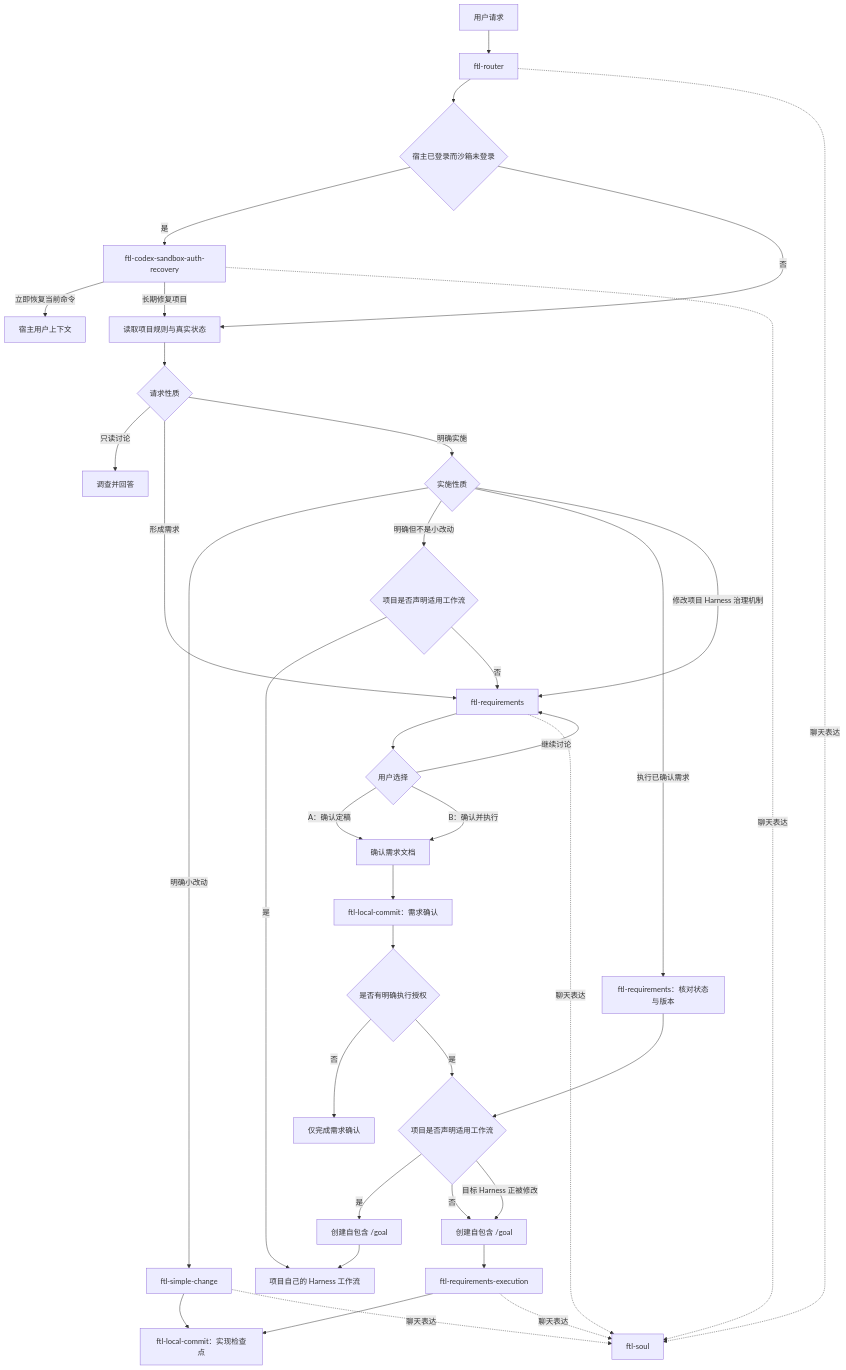
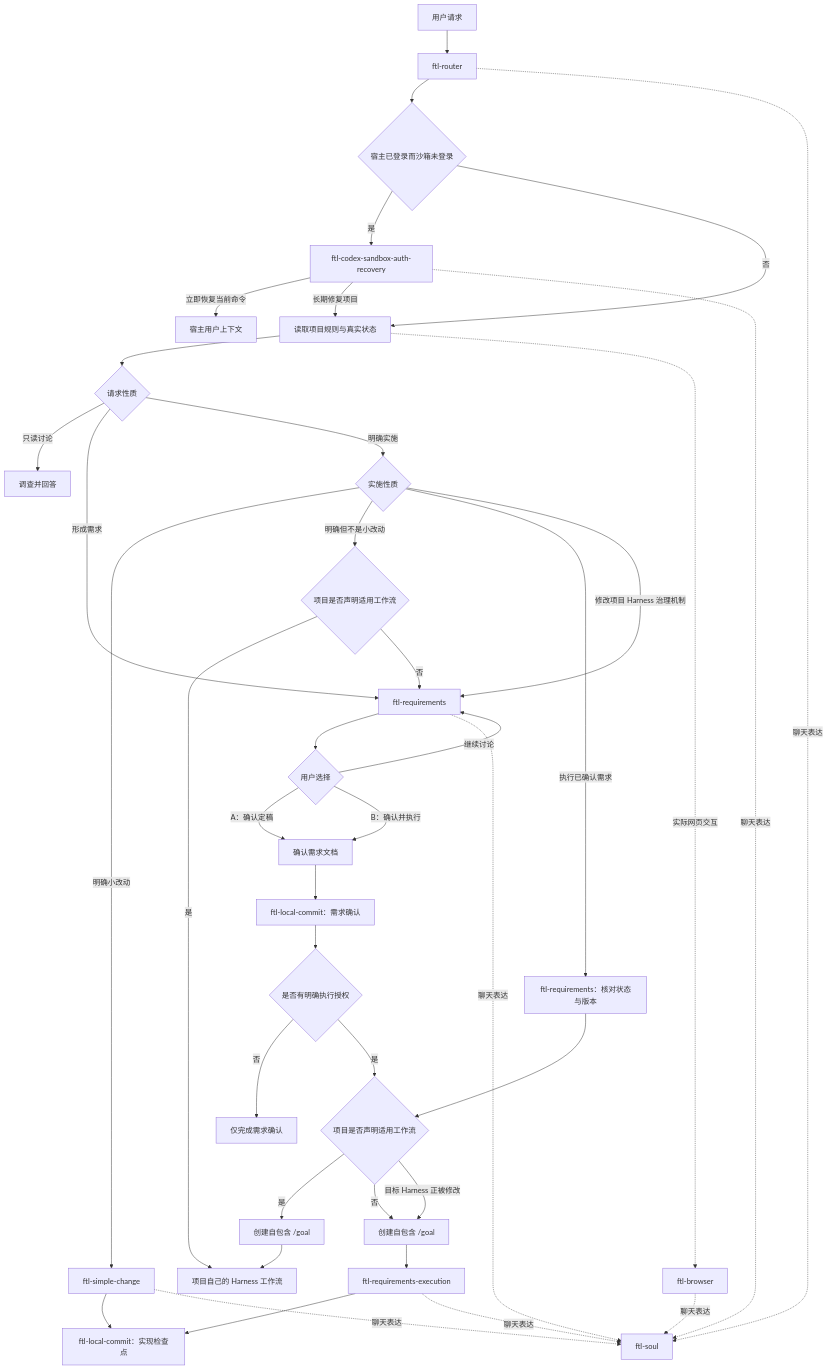
The diagram in README.md (ContinuumFTL/FTLSoulSkill), drawn with Mermaid before and after one commit. The commit also changed other lines of this file and 2 other files, not shown here.

Commit message:
feat: add in-app browser routing skill

````diff
--- a/README.md
+++ b/README.md
@@ -23,47 +24,49 @@
 ```mermaid
 flowchart TD
     U[用户请求] --> R[ftl-router]
     R --> CA{宿主已登录而沙箱未登录}
     CA -->|是| AR[ftl-codex-sandbox-auth-recovery]
     CA -->|否| P[读取项目规则与真实状态]
     AR -->|立即恢复当前命令| HR[宿主用户上下文]
     AR -->|长期修复项目| P
     P --> K{请求性质}
 
     K -->|只读讨论| A[调查并回答]
     K -->|形成需求| Q[ftl-requirements]
     K -->|明确实施| I{实施性质}
 
     I -->|明确小改动| S[ftl-simple-change]
     I -->|明确但不是小改动| NW{项目是否声明适用工作流}
     I -->|执行已确认需求| V[ftl-requirements：核对状态与版本]
     I -->|修改项目 Harness 治理机制| Q
 
     NW -->|是| H
     NW -->|否| Q
     V --> W{项目是否声明适用工作流}
 
     Q --> C{用户选择}
     C -->|继续讨论| Q
     C -->|A：确认定稿| D[确认需求文档]
     C -->|B：确认并执行| D
     D --> LC[ftl-local-commit：需求确认]
     LC --> X{是否有明确执行授权}
     X -->|否| Z[仅完成需求确认]
     X -->|是| W
 
     W -->|是| GH[创建自包含 /goal]
     W -->|否| GE[创建自包含 /goal]
     W -->|目标 Harness 正被修改| GE
     GH --> H[项目自己的 Harness 工作流]
     GE --> E[ftl-requirements-execution]
 
     S --> L[ftl-local-commit：实现检查点]
     E --> L
 
+    P -.实际网页交互.-> B[ftl-browser]
     R -.聊天表达.-> N[ftl-soul]
     AR -.聊天表达.-> N
+    B -.聊天表达.-> N
     S -.聊天表达.-> N
     Q -.聊天表达.-> N
     E -.聊天表达.-> N
 ```
````
